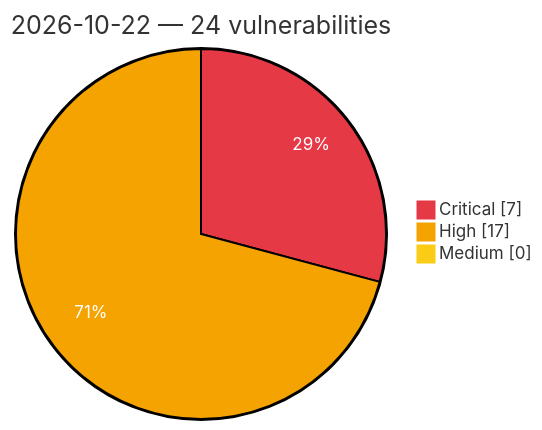
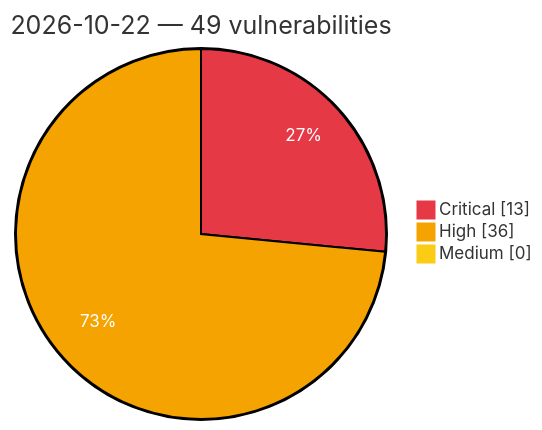
One commit to GhostX0X/vuln-tracker changed the diagram in vulnerabilities/2026/October/2026-10-22.md. Above: the diagram before and after it, drawn with Mermaid. The commit also changed other lines of this file and 5 other files, not shown here.

Commit message:
Auto update: critical/high vulns (2026-10-22 15:28 UTC)

````diff
--- a/vulnerabilities/2026/October/2026-10-22.md
+++ b/vulnerabilities/2026/October/2026-10-22.md
@@ -3,8 +3,8 @@
 ```mermaid
 %%{init: {'theme':'base', 'themeVariables': {'pie1':'#e63946', 'pie2':'#f4a300', 'pie3':'#facc15', 'pieOpacity':'1', 'pieOuterStrokeWidth':'2px', 'pieSectionTextColor':'#ffffff'}}}%%
 pie showData
-    title 2026-10-22 — 24 vulnerabilities
-    "Critical" : 7
-    "High" : 17
+    title 2026-10-22 — 49 vulnerabilities
+    "Critical" : 13
+    "High" : 36
     "Medium" : 0
 ```
````
